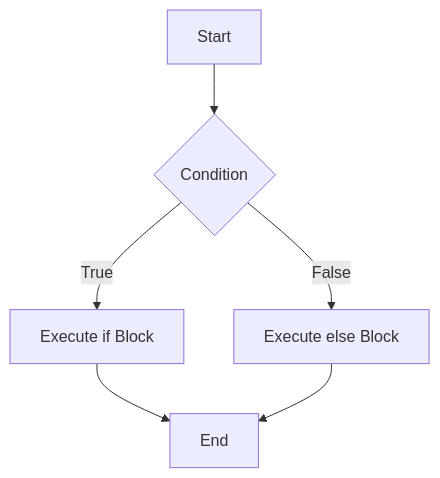
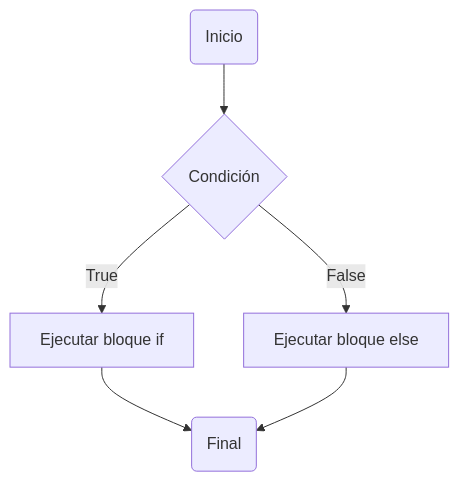
The third of 6 diagrams in Writerside/topics/Programacion.md (BiomedicLJZ/Bioinformatics2024), drawn with Mermaid before and after one commit. The commit also changed other lines of this file, not shown here.

````diff
--- a/Writerside/topics/Programacion.md
+++ b/Writerside/topics/Programacion.md
@@ -406,8 +428,8 @@
 ```mermaid
 graph TD
-A[Start] --> B{Condition}
-B -->|True| C[Execute if Block]
-B -->|False| D[Execute else Block]
-C --> E[End]
+A(Inicio) --> B{Condición}
+B -->|True| C[Ejecutar bloque if]
+B -->|False| D[Ejecutar bloque else]
+C --> E(Final)
 D --> E
 ```
````
